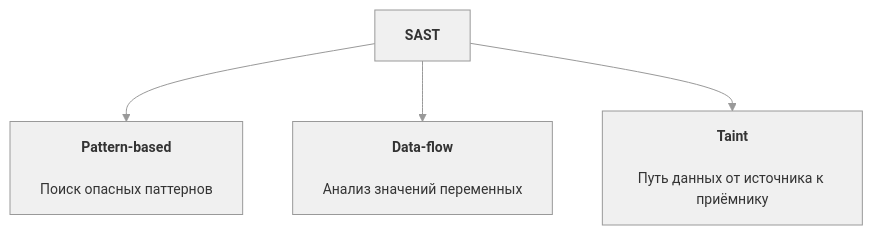
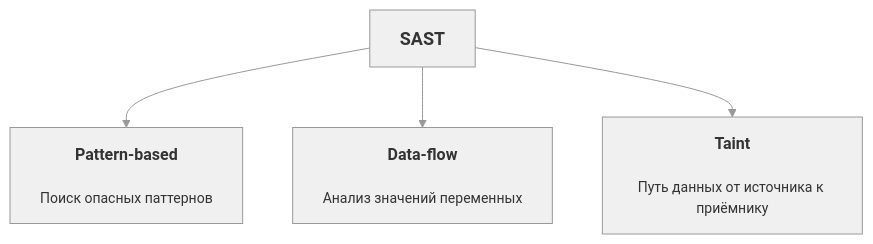
Before and after one commit to Otto-7/mcp: the diagram in docs/research/sast-basics.md, drawn with Mermaid.

````diff
--- a/docs/research/sast-basics.md
+++ b/docs/research/sast-basics.md
@@ -2,13 +2,13 @@
 ```mermaid
 %%{init: {'theme':'base', 'themeVariables': {
   'primaryColor': '#f0f0f0',
   'primaryTextColor': '#333333',
   'primaryBorderColor': '#999999',
   'lineColor': '#999999',
   'fontSize': '14px'
 }}}%%
 flowchart TD
-    SAST["<b>SAST</b>"] --> A["<b>Pattern-based</b><br/><br/>Поиск опасных паттернов"]
-    SAST --> B["<b>Data-flow</b><br/><br/>Анализ значений переменных"]
-    SAST --> C["<b>Taint</b><br/><br/>Путь данных от источника к приёмнику"]
+    SAST["<span style='font-size:18px'><b>SAST</b></span>"] --> A["<span style='font-size:16px'><b>Pattern-based</b></span><br/><br/>Поиск опасных паттернов"]
+    SAST --> B["<span style='font-size:16px'><b>Data-flow</b></span><br/><br/>Анализ значений переменных"]
+    SAST --> C["<span style='font-size:16px'><b>Taint</b></span><br/><br/>Путь данных от источника к приёмнику"]
 ```
````
